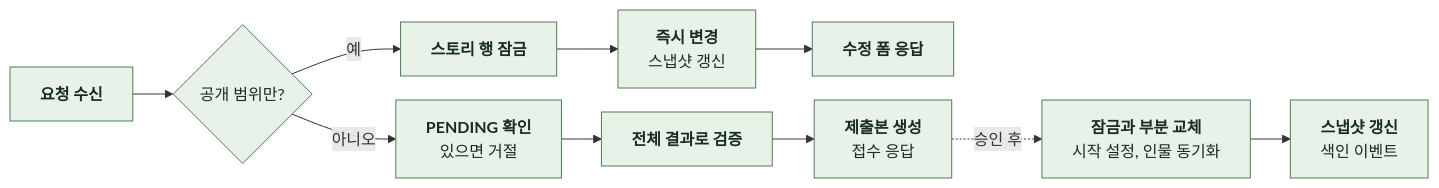
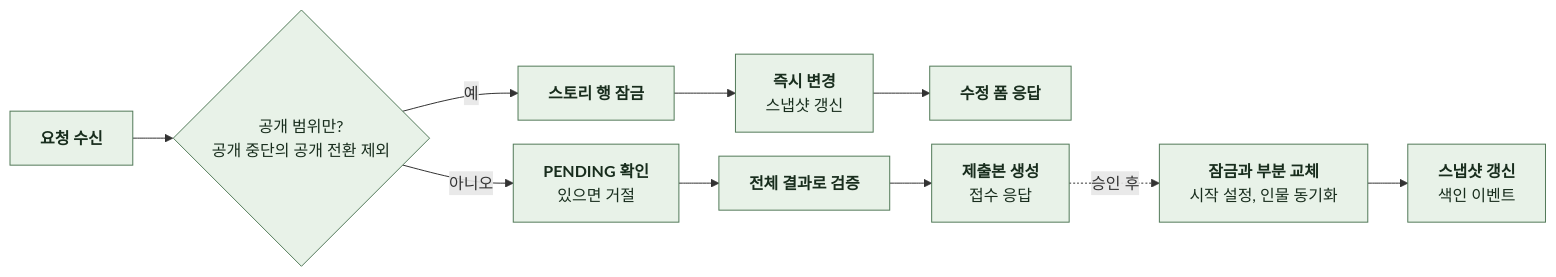
Before and after one commit to KIM-N-KANG/knk-harness: diagram 16 of 27 in docs/domain/STORY/BACKEND/4-1-PIPELINES.md, drawn with Mermaid. The commit also changed other lines of this file and 128 other files, not shown here.

````diff
--- a/docs/domain/STORY/BACKEND/4-1-PIPELINES.md
+++ b/docs/domain/STORY/BACKEND/4-1-PIPELINES.md
@@ -618,10 +618,10 @@
 ```mermaid
 %%{init: {"flowchart": {"curve": "basis", "htmlLabels": true, "nodeSpacing": 24, "rankSpacing": 40}}}%%
 flowchart LR
-    A["<b>요청 수신</b>"] --> B{"공개 범위만?"}
+    A["<b>요청 수신</b>"] --> B{"공개 범위만?<br/>공개 중단의 공개 전환 제외"}
     B -->|예| C["<b>스토리 행 잠금</b>"] --> D["<b>즉시 변경</b><br/>스냅샷 갱신"] --> E["<b>수정 폼 응답</b>"]
     B -->|아니오| F["<b>PENDING 확인</b><br/>있으면 거절"] --> G["<b>전체 결과로 검증</b>"] --> H["<b>제출본 생성</b><br/>접수 응답"]
     H -.->|승인 후| I["<b>잠금과 부분 교체</b><br/>시작 설정, 인물 동기화"] --> J["<b>스냅샷 갱신</b><br/>색인 이벤트"]
     classDef comp fill:#E8F2E8,stroke:#527A59,color:#182D1D
     class A,B,C,D,E,F,G,H,I,J comp
 ```
````
